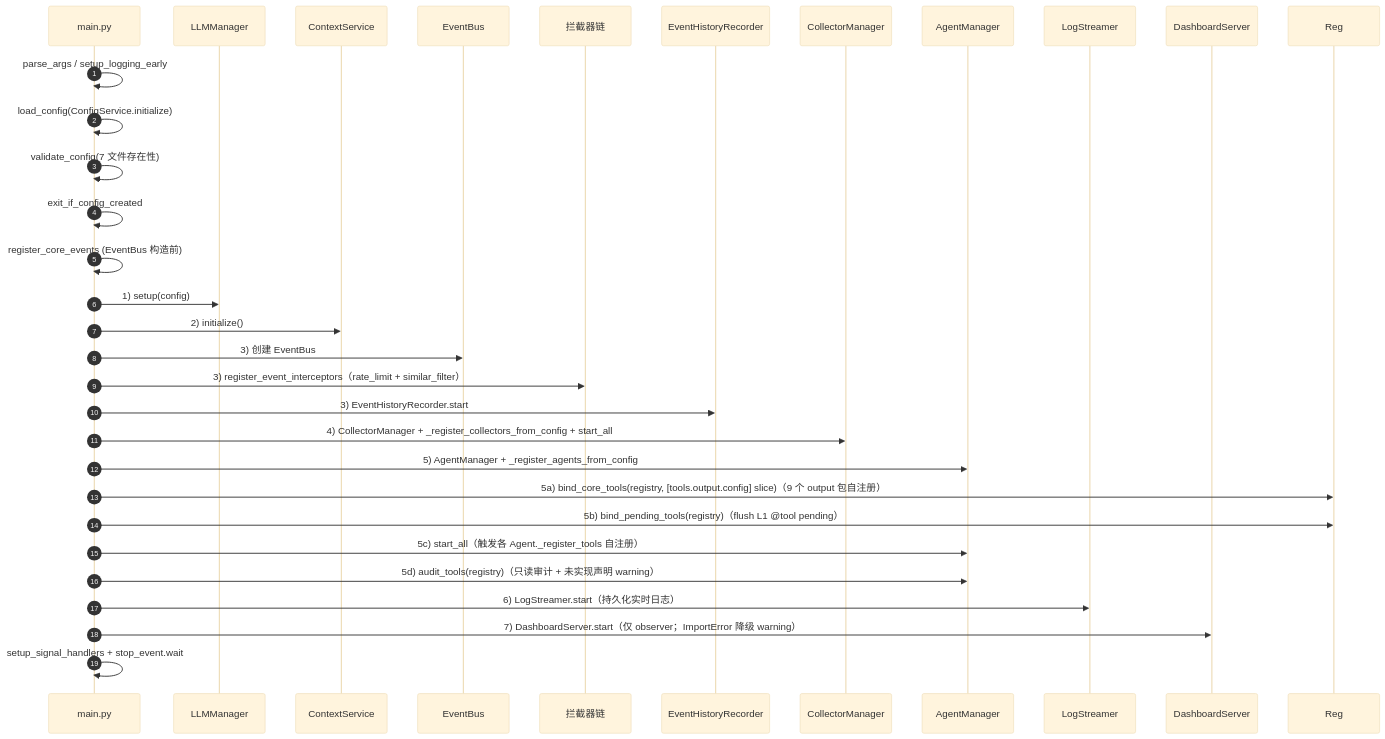
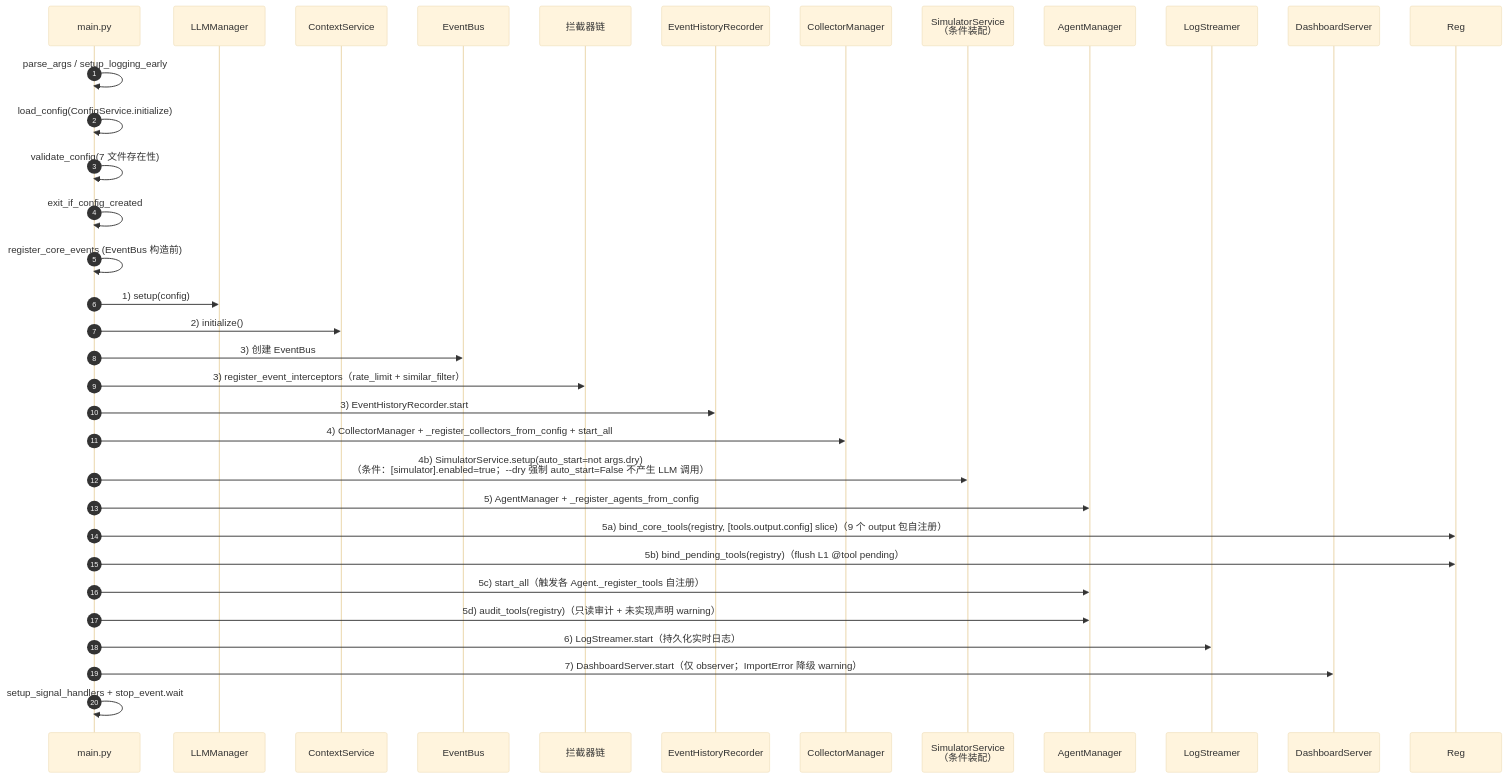
The second of 3 diagrams in docs/architecture/overview.md (Mai-with-u/Amaidesu), drawn with Mermaid (base theme) before and after one commit. The commit also changed other lines of this file and 15 other files, not shown here.

````diff
--- a/docs/architecture/overview.md
+++ b/docs/architecture/overview.md
@@ -122,34 +122,36 @@
 ```mermaid
 sequenceDiagram
     autonumber
     participant Main as main.py
     participant LLM as LLMManager
     participant Ctx as ContextService
     participant Bus as EventBus
     participant Int as 拦截器链
     participant Rec as EventHistoryRecorder
     participant Col as CollectorManager
+    participant Sim as SimulatorService<br/>（条件装配）
     participant Agt as AgentManager
     participant Log as LogStreamer
     participant Dash as DashboardServer
 
     Main->>Main: parse_args / setup_logging_early
     Main->>Main: load_config(ConfigService.initialize)
     Main->>Main: validate_config(7 文件存在性)
     Main->>Main: exit_if_config_created
     Main->>Main: register_core_events (EventBus 构造前)
     Main->>LLM: 1) setup(config)
     Main->>Ctx: 2) initialize()
     Main->>Bus: 3) 创建 EventBus
     Main->>Int: 3) register_event_interceptors（rate_limit + similar_filter）
     Main->>Rec: 3) EventHistoryRecorder.start
     Main->>Col: 4) CollectorManager + _register_collectors_from_config + start_all
+    Main->>Sim: 4b) SimulatorService.setup(auto_start=not args.dry)<br/>（条件：[simulator].enabled=true；--dry 强制 auto_start=False 不产生 LLM 调用）
     Main->>Agt: 5) AgentManager + _register_agents_from_config
     Main->>Reg: 5a) bind_core_tools(registry, [tools.output.config] slice)（9 个 output 包自注册）
     Main->>Reg: 5b) bind_pending_tools(registry)（flush L1 @tool pending）
     Main->>Agt: 5c) start_all（触发各 Agent._register_tools 自注册）
     Main->>Agt: 5d) audit_tools(registry)（只读审计 + 未实现声明 warning）
     Main->>Log: 6) LogStreamer.start（持久化实时日志）
     Main->>Dash: 7) DashboardServer.start（仅 observer；ImportError 降级 warning）
     Main->>Main: setup_signal_handlers + stop_event.wait
 ```
````
